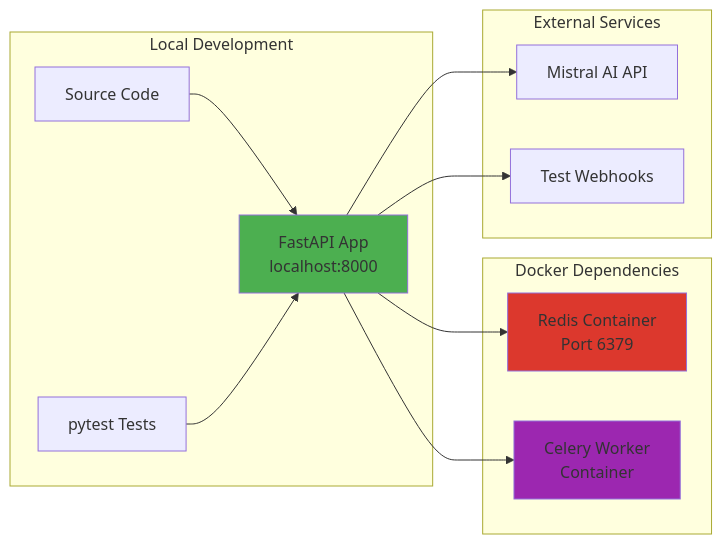
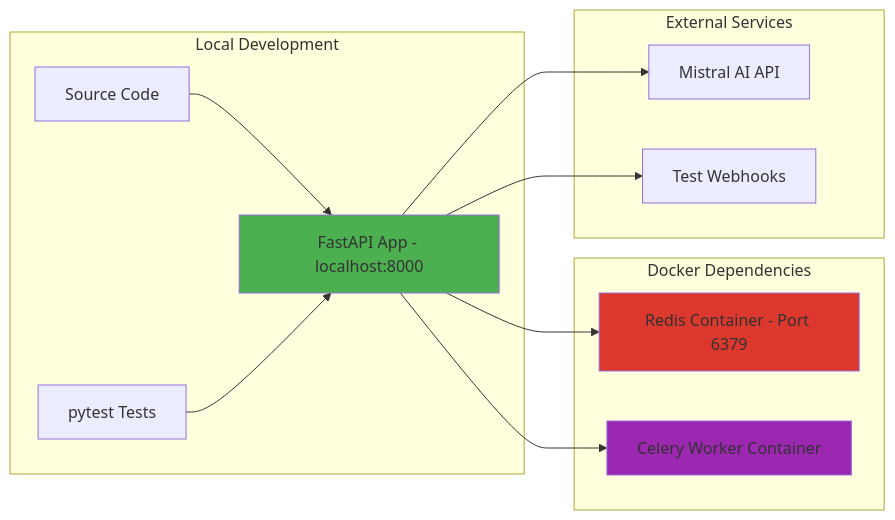
One commit to Tony363/document-ingestion-agent changed the third of 3 diagrams in README.md. Above: the diagram before and after it, drawn with Mermaid. The commit also changed other lines of this file and 6 other files, not shown here.

````diff
--- a/README.md
+++ b/README.md
@@ -135,29 +143,29 @@
 ```mermaid
 flowchart LR
-    subgraph "Local Development"
+    subgraph LocalDev ["Local Development"]
         Code[Source Code]
-        App[FastAPI App<br/>localhost:8000]
+        App[FastAPI App - localhost:8000]
         Tests[pytest Tests]
     end
     
-    subgraph "Docker Dependencies"
-        Redis[Redis Container<br/>Port 6379]
-        Celery[Celery Worker<br/>Container]
+    subgraph DockerDeps ["Docker Dependencies"]
+        Redis[Redis Container - Port 6379]
+        CeleryWorker[Celery Worker Container]
     end
     
-    subgraph "External Services"
+    subgraph ExtServices ["External Services"]
         Mistral[Mistral AI API]
         Webhooks[Test Webhooks]
     end
     
     Code --> App
     App --> Redis
-    App --> Celery
+    App --> CeleryWorker
     App --> Mistral
     App --> Webhooks
     Tests --> App
     
     style App fill:#4CAF50
     style Redis fill:#DC382D
-    style Celery fill:#9C27B0
+    style CeleryWorker fill:#9C27B0
 ```
````
